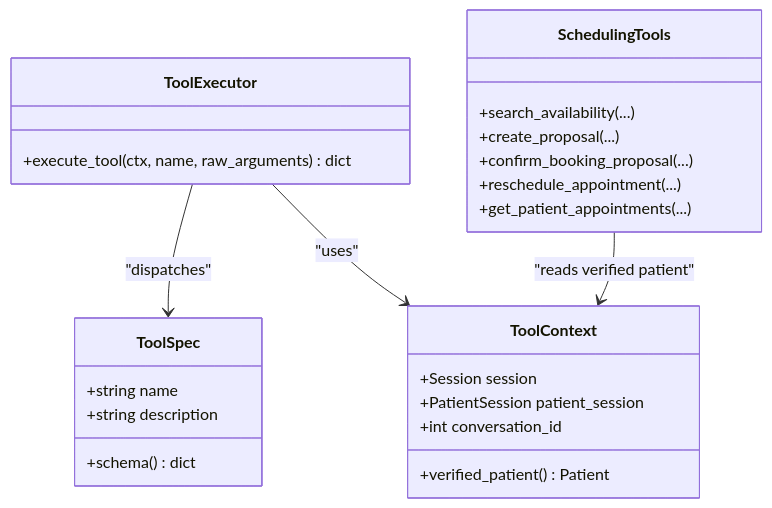
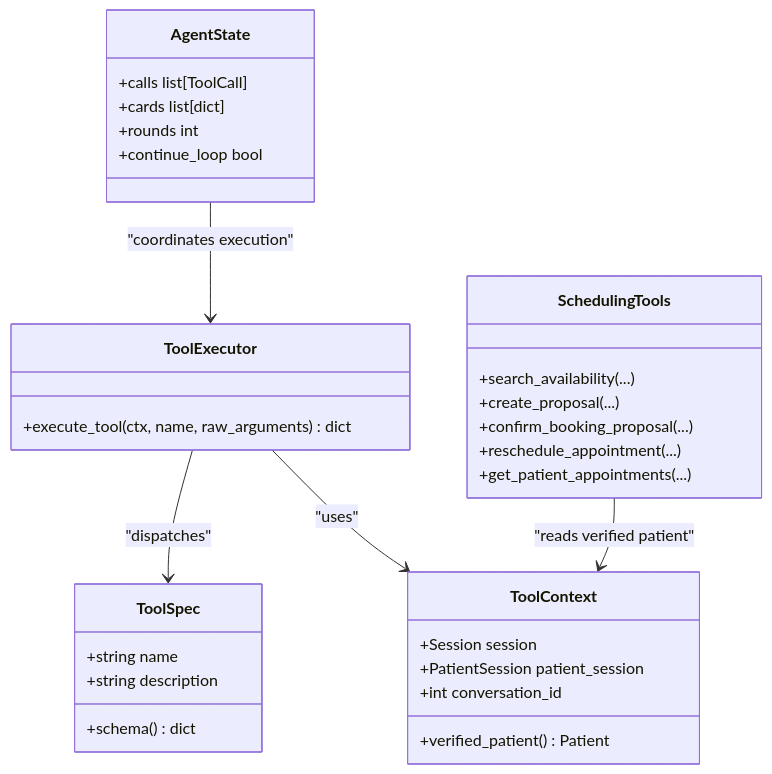
Before and after one commit to gokulkaarthicks/dental-chatbot: the fifth of 13 diagrams in .qoder/repowiki/en/content/Patient Workflows/Conversation Management/Conversation Management.md, drawn with Mermaid. The commit also changed other lines of this file and 280 other files, not shown here.

````diff
--- a/.qoder/repowiki/en/content/Patient Workflows/Conversation Management/Conversation Management.md
+++ b/.qoder/repowiki/en/content/Patient Workflows/Conversation Management/Conversation Management.md
@@ -196,27 +257,34 @@
 ```mermaid
 classDiagram
 class ToolSpec {
 +string name
 +string description
 +schema() dict
 }
 class ToolContext {
 +Session session
 +PatientSession patient_session
 +int conversation_id
 +verified_patient() Patient
 }
 class ToolExecutor {
 +execute_tool(ctx, name, raw_arguments) dict
 }
 class SchedulingTools {
 +search_availability(...)
 +create_proposal(...)
 +confirm_booking_proposal(...)
 +reschedule_appointment(...)
 +get_patient_appointments(...)
 }
+class AgentState {
++calls list[ToolCall]
++cards list[dict]
++rounds int
++continue_loop bool
+}
 ToolExecutor --> ToolSpec : "dispatches"
 ToolExecutor --> ToolContext : "uses"
 SchedulingTools --> ToolContext : "reads verified patient"
+AgentState --> ToolExecutor : "coordinates execution"
 ```
````
